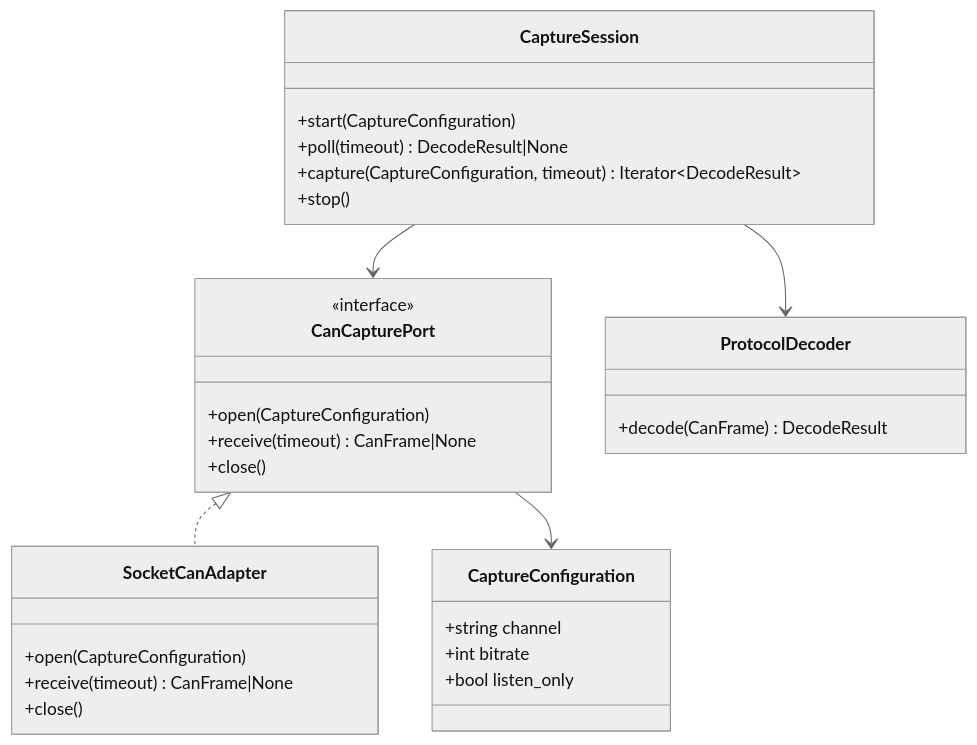
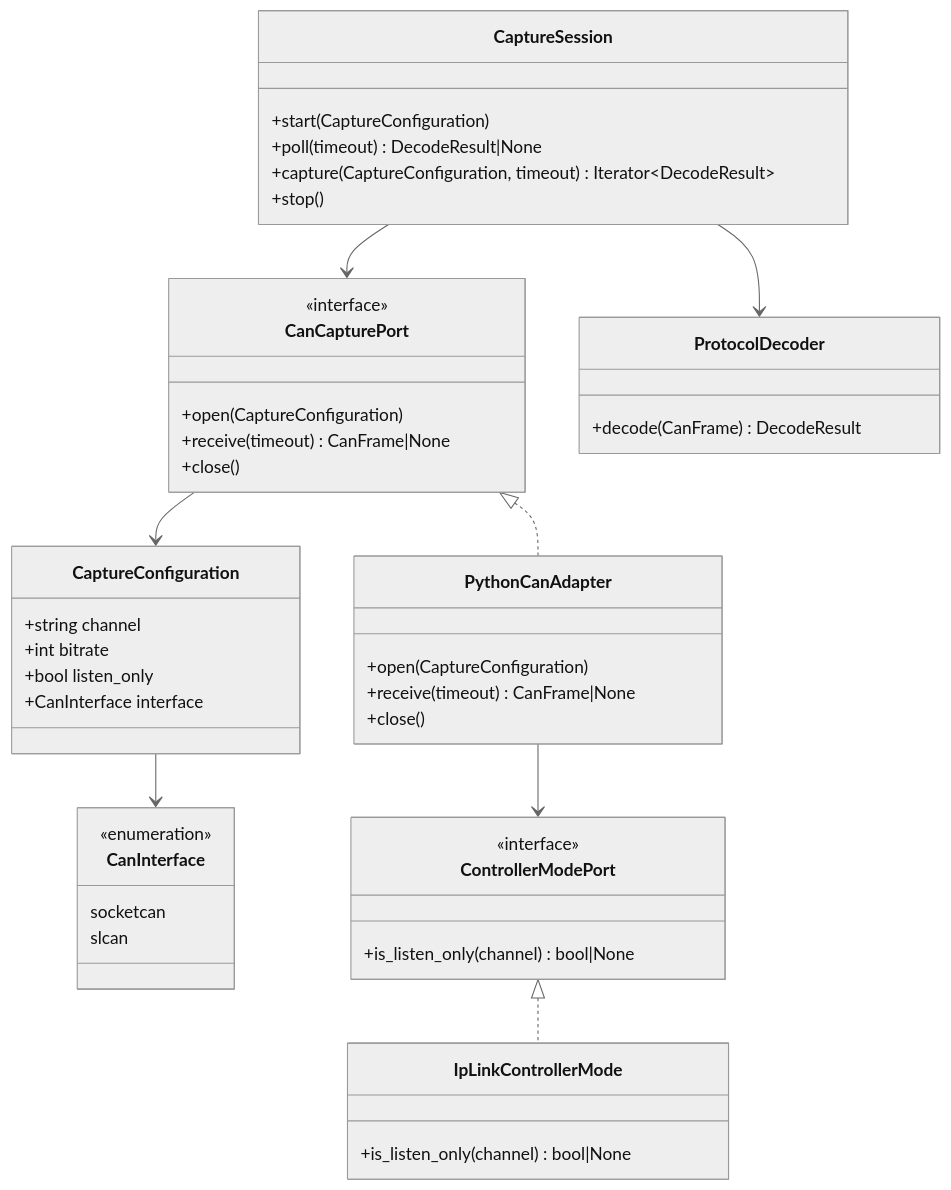
Before and after one commit to benoit-bremaud/can-sniffer: the diagram in docs/architecture/diagrams/can-capture/04-class.md, drawn with Mermaid (neutral theme). The commit also changed other lines of this file and 14 other files, not shown here.

First line of the commit message:
feat(capture): add a native slcan backend with verified listen-only (#49)

````diff
--- a/docs/architecture/diagrams/can-capture/04-class.md
+++ b/docs/architecture/diagrams/can-capture/04-class.md
@@ -9,32 +10,48 @@
 ```mermaid
 classDiagram
     class CaptureConfiguration {
         +string channel
         +int bitrate
         +bool listen_only
+        +CanInterface interface
+    }
+    class CanInterface {
+        <<enumeration>>
+        socketcan
+        slcan
     }
     class CanCapturePort {
         <<interface>>
         +open(CaptureConfiguration)
         +receive(timeout) CanFrame|None
         +close()
     }
-    class SocketCanAdapter {
+    class ControllerModePort {
+        <<interface>>
+        +is_listen_only(channel) bool|None
+    }
+    class IpLinkControllerMode {
+        +is_listen_only(channel) bool|None
+    }
+    class PythonCanAdapter {
         +open(CaptureConfiguration)
         +receive(timeout) CanFrame|None
         +close()
     }
     class CaptureSession {
         +start(CaptureConfiguration)
         +poll(timeout) DecodeResult|None
         +capture(CaptureConfiguration, timeout) Iterator~DecodeResult~
         +stop()
     }
     class ProtocolDecoder {
         +decode(CanFrame) DecodeResult
     }
-    CanCapturePort <|.. SocketCanAdapter
+    CanCapturePort <|.. PythonCanAdapter
+    ControllerModePort <|.. IpLinkControllerMode
+    PythonCanAdapter --> ControllerModePort
     CaptureSession --> CanCapturePort
     CaptureSession --> ProtocolDecoder
     CanCapturePort --> CaptureConfiguration
+    CaptureConfiguration --> CanInterface
 ```
````
